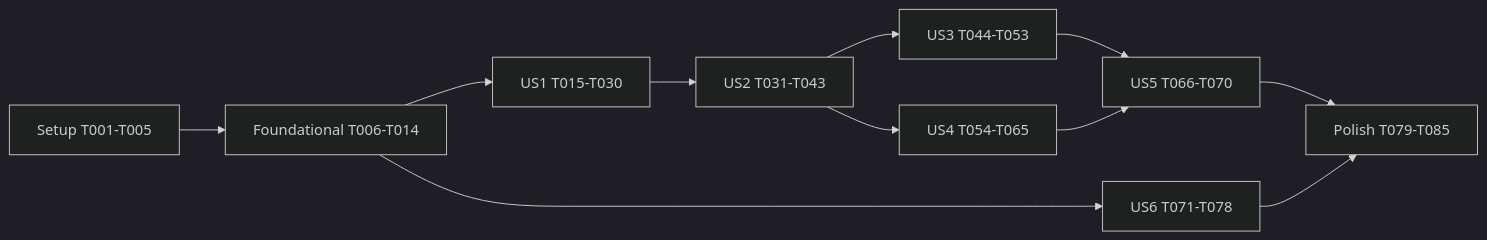
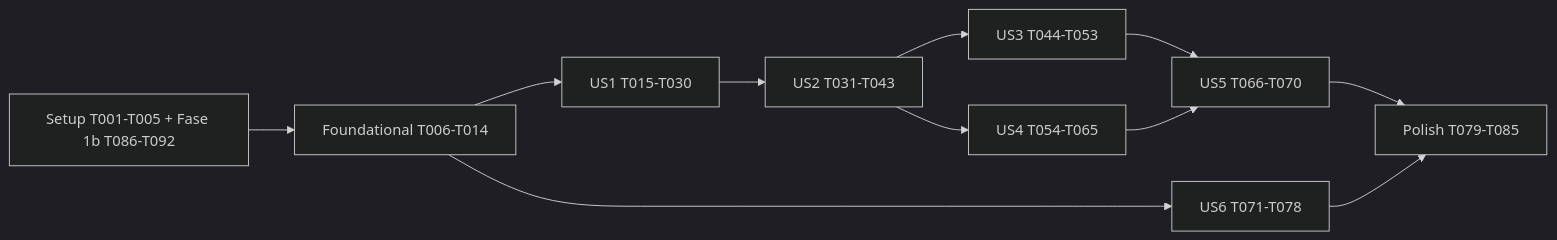
The diagram in specs/005-shader-modules/tasks.md (dantasgut/clayflow), drawn with Mermaid (dark theme) before and after one commit. The commit also changed other lines of this file and 6 other files, not shown here.

````diff
--- a/specs/005-shader-modules/tasks.md
+++ b/specs/005-shader-modules/tasks.md
@@ -218,13 +233,13 @@
 ```mermaid
 graph LR
-  S[Setup T001-T005] --> F[Foundational T006-T014]
+  S[Setup T001-T005 + Fase 1b T086-T092] --> F[Foundational T006-T014]
   F --> US1[US1 T015-T030]
   US1 --> US2[US2 T031-T043]
   US2 --> US3[US3 T044-T053]
   US2 --> US4[US4 T054-T065]
   US3 --> US5[US5 T066-T070]
   US4 --> US5
   F --> US6[US6 T071-T078]
   US5 --> P[Polish T079-T085]
   US6 --> P
 ```
````
